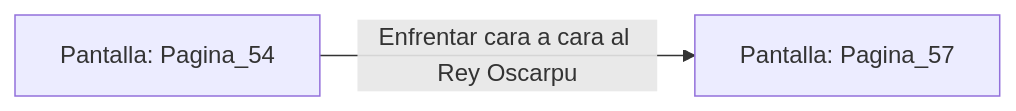
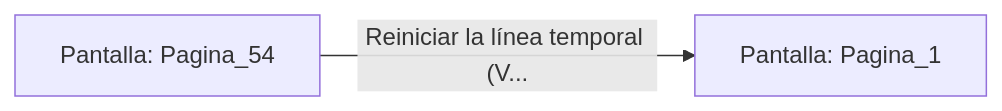
The diagram in sample/eligejuego-vault/Pantalla_Pagina_54.md (metsuke/mpl), drawn with Mermaid before and after one commit. The commit also changed other lines of this file and 635 other files, not shown here.

First line of the commit message:
fix: añadir Pagina_1 como pantalla inicial en capitulo_01.mpl

````diff
--- a/sample/eligejuego-vault/Pantalla_Pagina_54.md
+++ b/sample/eligejuego-vault/Pantalla_Pagina_54.md
@@ -14,5 +17,5 @@
 ```mermaid
 graph LR
     P_Pagina_54["Pantalla: Pagina_54"]
-    P_Pagina_54 -->|"Enfrentar cara a cara al Rey Oscarpu"| P_Pagina_57["Pantalla: Pagina_57"]
+    P_Pagina_54 -->|"Reiniciar la línea temporal (V..."| P_Pagina_1["Pantalla: Pagina_1"]
 ```
````
